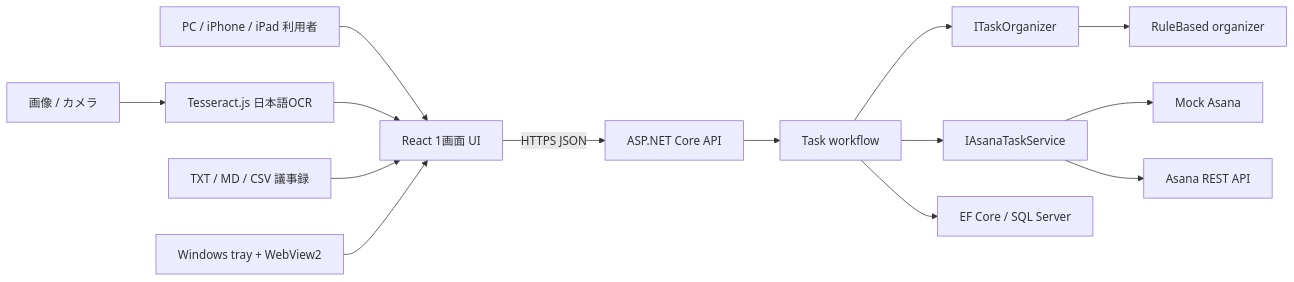
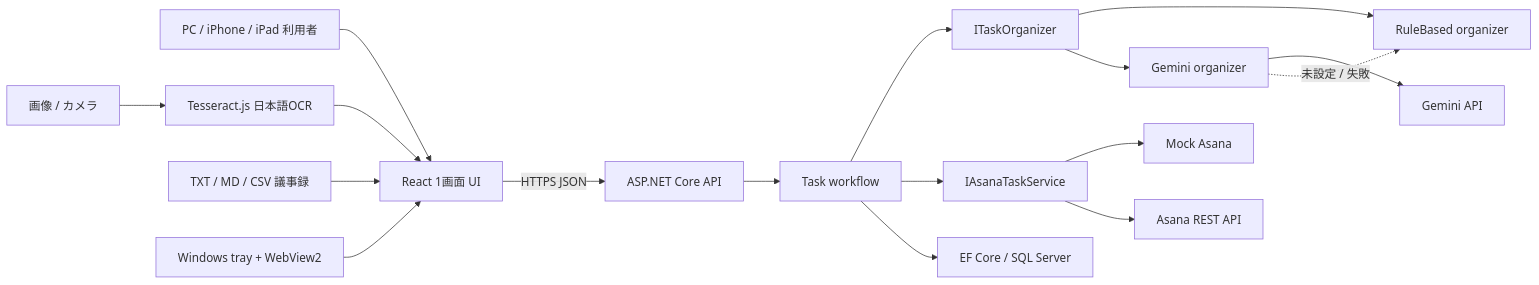
The first of 2 diagrams in ARCHITECTURE.md (onishichimaki/Asana_App), drawn with Mermaid before and after one commit. The commit also changed other lines of this file and 18 other files, not shown here.

````diff
--- a/ARCHITECTURE.md
+++ b/ARCHITECTURE.md
@@ -7,15 +7,18 @@
 ```mermaid
 flowchart LR
     User["PC / iPhone / iPad 利用者"] --> Web["React 1画面 UI"]
     Image["画像 / カメラ"] --> Ocr["Tesseract.js 日本語OCR"] --> Web
     Minutes["TXT / MD / CSV 議事録"] --> Web
     Tray["Windows tray + WebView2"] --> Web
     Web -->|HTTPS JSON| Api["ASP.NET Core API"]
     Api --> Workflow["Task workflow"]
     Workflow --> Organizer["ITaskOrganizer"]
     Workflow --> Asana["IAsanaTaskService"]
     Workflow --> Db["EF Core / SQL Server"]
     Organizer --> Rule["RuleBased organizer"]
+    Organizer --> Gemini["Gemini organizer"]
+    Gemini --> GeminiApi["Gemini API"]
+    Gemini -. "未設定 / 失敗" .-> Rule
     Asana --> Mock["Mock Asana"]
     Asana --> Real["Asana REST API"]
 ```
````
